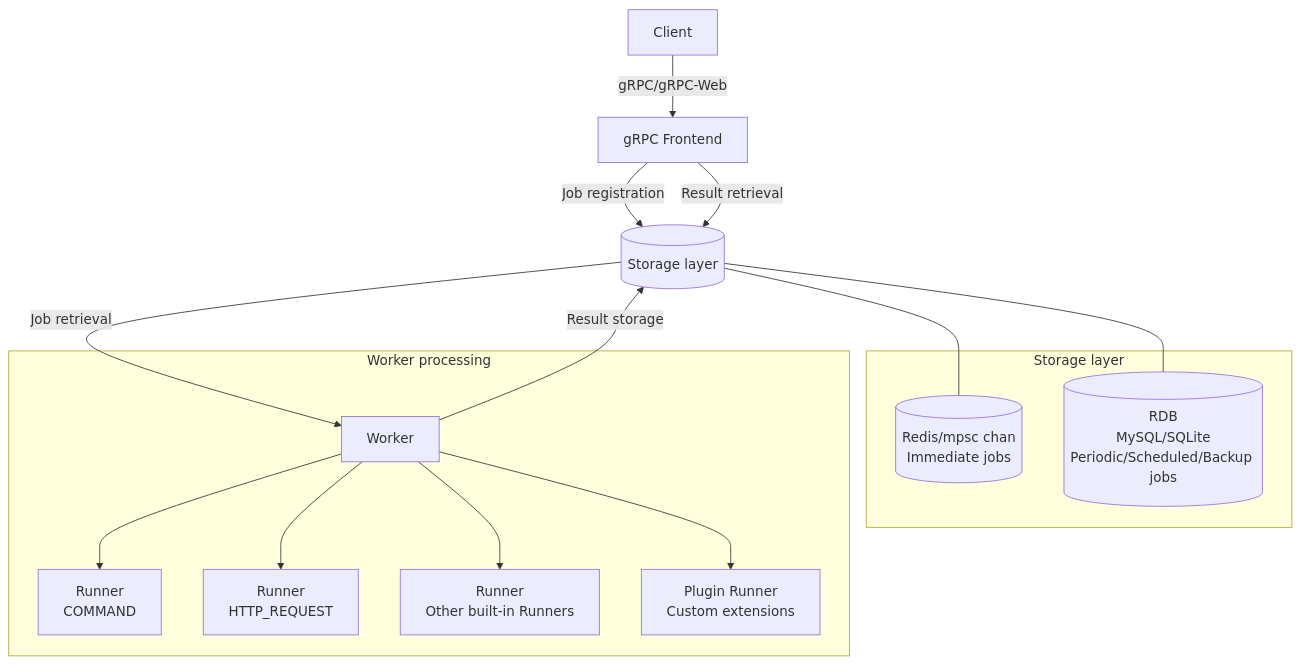
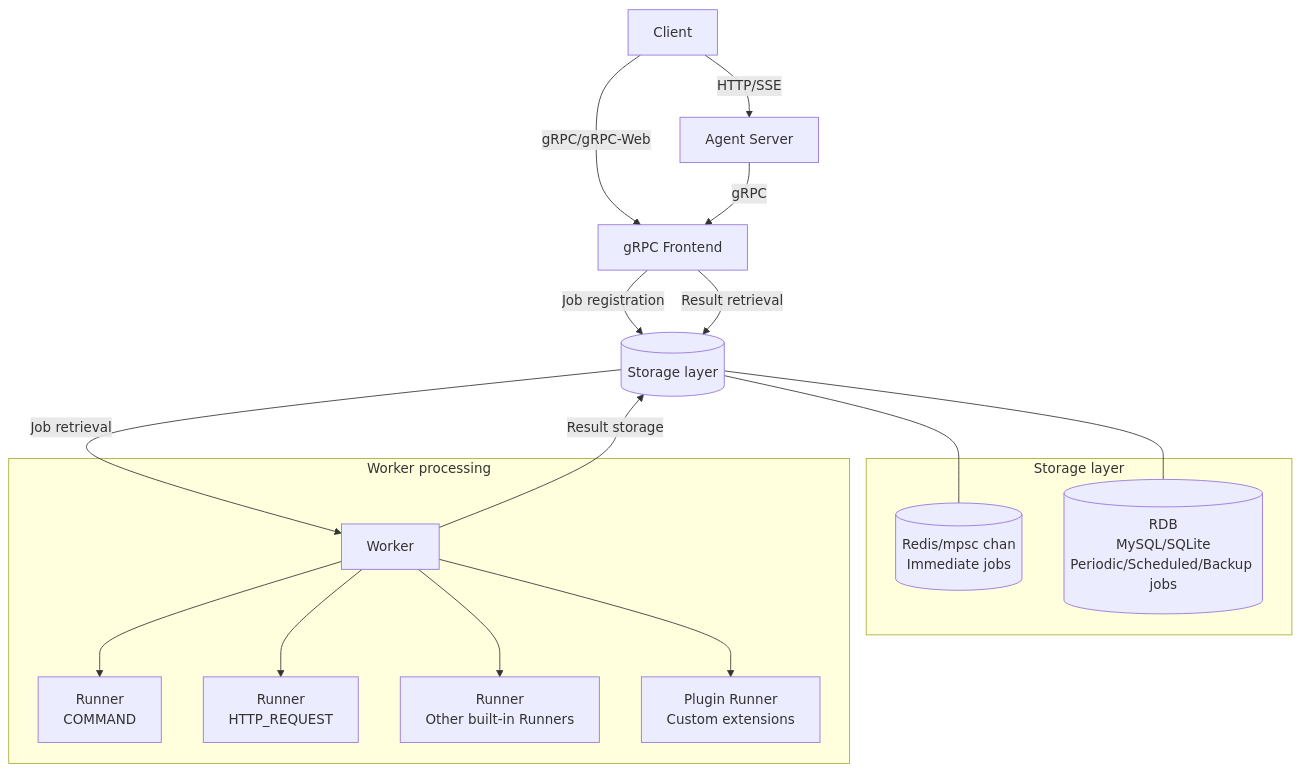
One commit to jobworkerp-rs/jobworkerp-rs changed the diagram in README.md. Above: the diagram before and after it, drawn with Mermaid. The commit also changed other lines of this file and 167 other files, not shown here.

````diff
--- a/README.md
+++ b/README.md
@@ -23,23 +24,25 @@
 ```mermaid
 graph TB
     Client[Client] --gRPC/gRPC-Web--> Frontend[gRPC Frontend]
+    Client --HTTP/SSE--> AgentServer[Agent Server]
+    AgentServer --gRPC--> Frontend
     Frontend --Job registration--> Storage[(Storage layer)]
     Storage --Job retrieval--> Worker[Worker]
     Worker --Result storage--> Storage
     Frontend --Result retrieval--> Storage
 
     subgraph "Storage layer"
     Redis[(Redis/mpsc chan<br>Immediate jobs)]
     RDB[(RDB<br>MySQL/SQLite<br>Periodic/Scheduled/Backup jobs)]
     end
 
     Storage --- Redis
     Storage --- RDB
 
     subgraph "Worker processing"
     Worker --> Runner1[Runner<br>COMMAND]
     Worker --> Runner2[Runner<br>HTTP_REQUEST]
     Worker --> Runner3[Runner<br>Other built-in Runners]
     Worker --> RunnerP[Plugin Runner<br>Custom extensions]
     end
 ```
````
